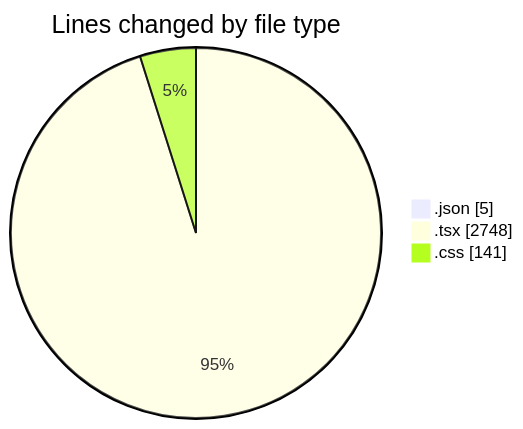
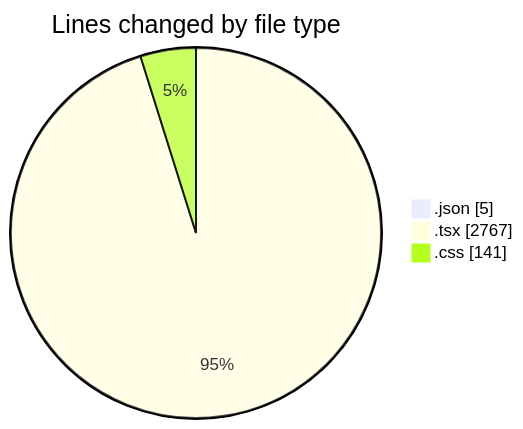
Before and after one commit to Elitesun/code-tracking: the first of 2 diagrams in 2025-05-29/advertise/README.md, drawn with Mermaid. The commit also changed other lines of this file and 1 other file, not shown here.

````diff
--- a/2025-05-29/advertise/README.md
+++ b/2025-05-29/advertise/README.md
@@ -27,7 +27,7 @@
 ```mermaid
 pie showData
 title Lines changed by file type
 ".json" : 5
-".tsx" : 2748
+".tsx" : 2767
 ".css" : 141
 ```
````
